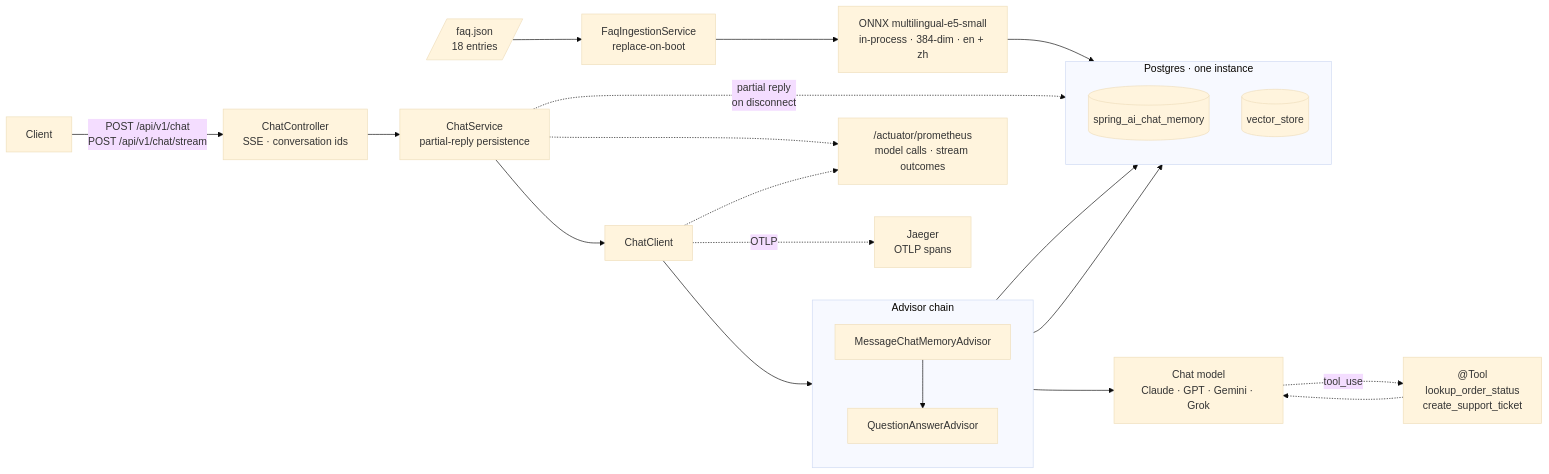
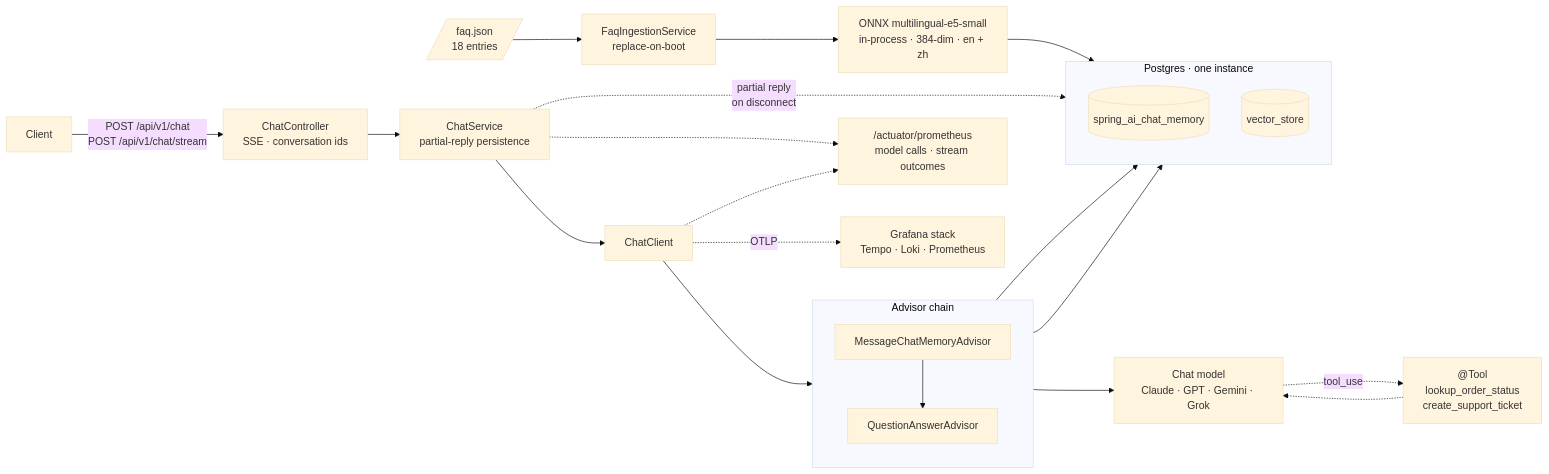
Before and after one commit to lai3d/ai-customer-service-java: the first of 3 diagrams in README.md, drawn with Mermaid (base theme). The commit also changed other lines of this file and 28 other files, not shown here.

````diff
--- a/README.md
+++ b/README.md
@@ -61,48 +61,48 @@
 ```mermaid
 flowchart LR
     Client["Client"]
     Ctl["ChatController<br/>SSE · conversation ids"]
     Svc["ChatService<br/>partial-reply persistence"]
     CC["ChatClient"]
 
     subgraph Chain["Advisor chain"]
         direction TB
         Mem["MessageChatMemoryAdvisor"]
         QA["QuestionAnswerAdvisor"]
         Mem --> QA
     end
 
     Claude["Chat model<br/>Claude · GPT · Gemini · Grok"]
     Tools["@Tool<br/>lookup_order_status<br/>create_support_ticket"]
 
     subgraph PG["Postgres · one instance"]
         direction TB
         CM[("spring_ai_chat_memory")]
         VS[("vector_store")]
     end
 
     Ingest["FaqIngestionService<br/>replace-on-boot"]
     Corpus[/"faq.json<br/>18 entries"/]
     Embed["ONNX multilingual-e5-small<br/>in-process · 384-dim · en + zh"]
     Prom["/actuator/prometheus<br/>model calls · stream outcomes"]
-    Jaeger["Jaeger<br/>OTLP spans"]
+    Tempo["Grafana stack<br/>Tempo · Loki · Prometheus"]
 
     Client -->|"POST /api/v1/chat<br/>POST /api/v1/chat/stream"| Ctl
     Ctl --> Svc
     Svc --> CC
     CC --> Chain
     Chain --> Claude
     Claude -.->|"tool_use"| Tools
     Tools -.-> Claude
 
     Mem --> CM
     QA --> VS
     Corpus --> Ingest
     Ingest --> Embed
     Embed --> VS
     Svc -.->|"partial reply<br/>on disconnect"| CM
     Svc -.-> Prom
     CC -.-> Prom
-    CC -.->|"OTLP"| Jaeger
+    CC -.->|"OTLP"| Tempo
 
 ```
````
